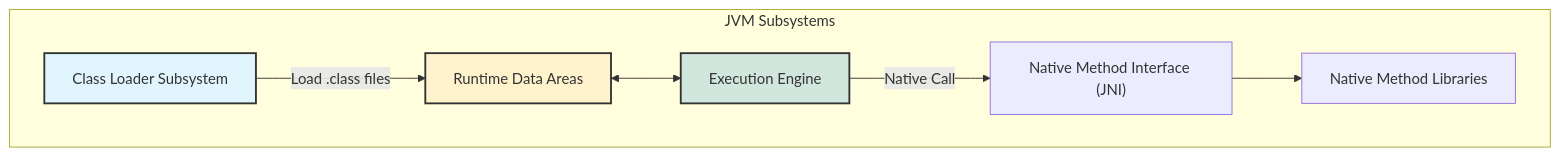
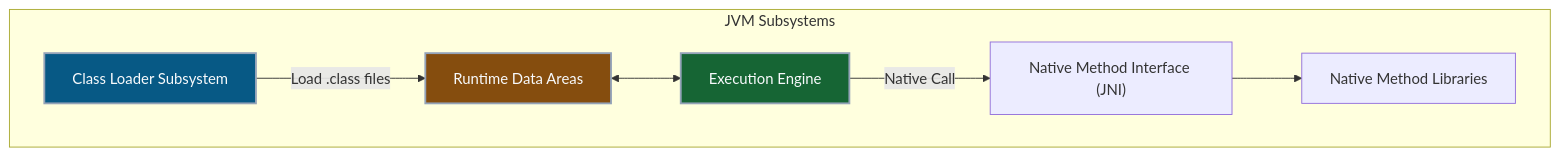
Before and after one commit to Kang-Hyesung/kang-hyesung.github.io: the first of 2 diagrams in _posts/java/07-jvm/2026-01-04-jvm-구성요소.md, drawn with Mermaid. The commit also changed other lines of this file and 74 other files, not shown here.

Commit message:
docs: update post visibility and mermaid colors

````diff
--- a/_posts/java/07-jvm/2026-01-04-jvm-구성요소.md
+++ b/_posts/java/07-jvm/2026-01-04-jvm-구성요소.md
@@ -18,15 +18,15 @@
 ```mermaid
 graph TD
     subgraph "JVM Subsystems"
         A["Class Loader Subsystem"] -->|Load .class files| B["Runtime Data Areas"]
         B <--> C["Execution Engine"]
         C -->|Native Call| D["Native Method Interface (JNI)"]
         D --> E["Native Method Libraries"]
     end
 
     %% 스타일 정의
-    style A fill:#e1f5fe,stroke:#333,stroke-width:2px
-    style B fill:#fff3cd,stroke:#333,stroke-width:2px
-    style C fill:#d1e7dd,stroke:#333,stroke-width:2px
+    style A fill:#075985,stroke:#94a3b8,stroke-width:2px,color:#f8fafc
+    style B fill:#854d0e,stroke:#94a3b8,stroke-width:2px,color:#f8fafc
+    style C fill:#166534,stroke:#94a3b8,stroke-width:2px,color:#f8fafc
 
 ```
````
